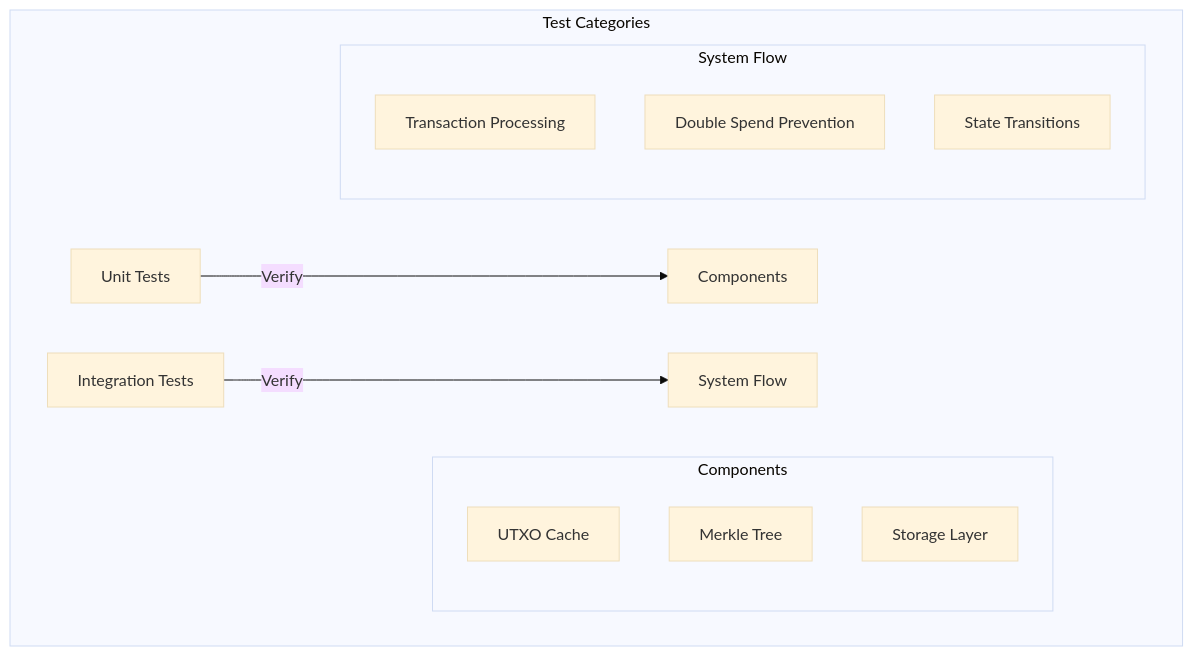
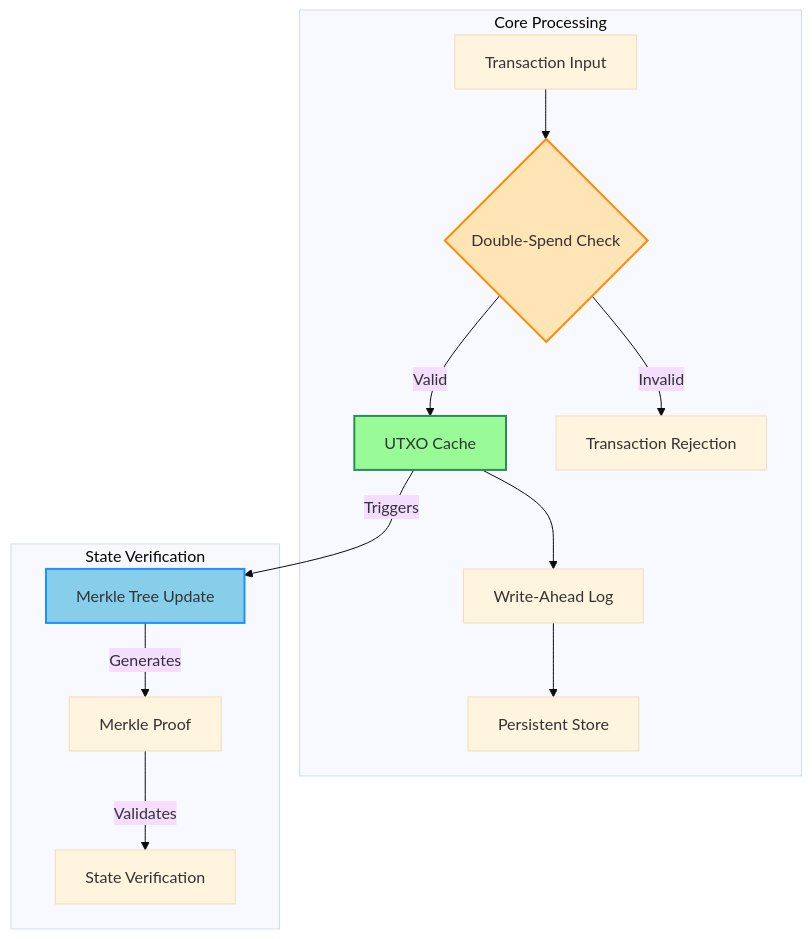
One commit to JtPerez-Acle/rust-protocol-btc changed the fourth of 6 diagrams in README.md. Above: the diagram before and after it, drawn with Mermaid (base theme). The commit also changed other lines of this file, not shown here.

````diff
--- a/README.md
+++ b/README.md
@@ -83,19 +162,23 @@
 ```mermaid
-graph TB
-    subgraph "Test Categories"
-        A[Unit Tests] --> |Verify| B[Components]
-        C[Integration Tests] --> |Verify| D[System Flow]
-        
-        subgraph "Components"
-            B1[UTXO Cache]
-            B2[Merkle Tree]
-            B3[Storage Layer]
-        end
-        
-        subgraph "System Flow"
-            D1[Transaction Processing]
-            D2[Double Spend Prevention]
-            D3[State Transitions]
-        end
+flowchart TD
+    %% Transaction Processing Flow
+    subgraph Core [Core Processing]
+      T[Transaction Input] --> DS{Double-Spend Check}
+      DS -- Valid --> UC[UTXO Cache]
+      DS -- Invalid --> REJ[Transaction Rejection]
+      UC --> WAL[Write-Ahead Log]
+      WAL --> PS[Persistent Store]
     end
+
+    %% State Update and Verification Flow
+    subgraph State [State Verification]
+      UC -- "Triggers" --> MT[Merkle Tree Update]
+      MT -- "Generates" --> MP[Merkle Proof]
+      MP -- "Validates" --> SV[State Verification]
+    end
+
+    %% Styling elements
+    style DS fill:#FFE4B5,stroke:#FF8C00,stroke-width:2px
+    style UC fill:#98FB98,stroke:#2E8B57,stroke-width:2px
+    style MT fill:#87CEEB,stroke:#1E90FF,stroke-width:2px
 ```
````
